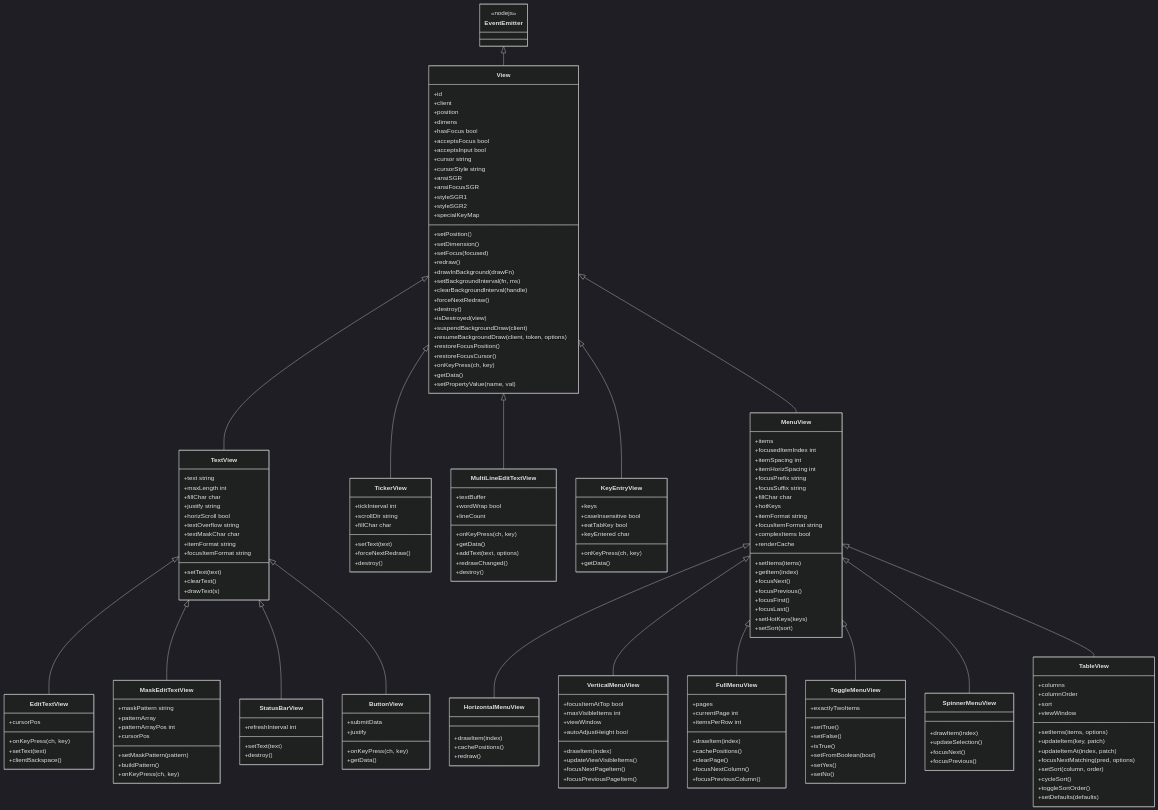
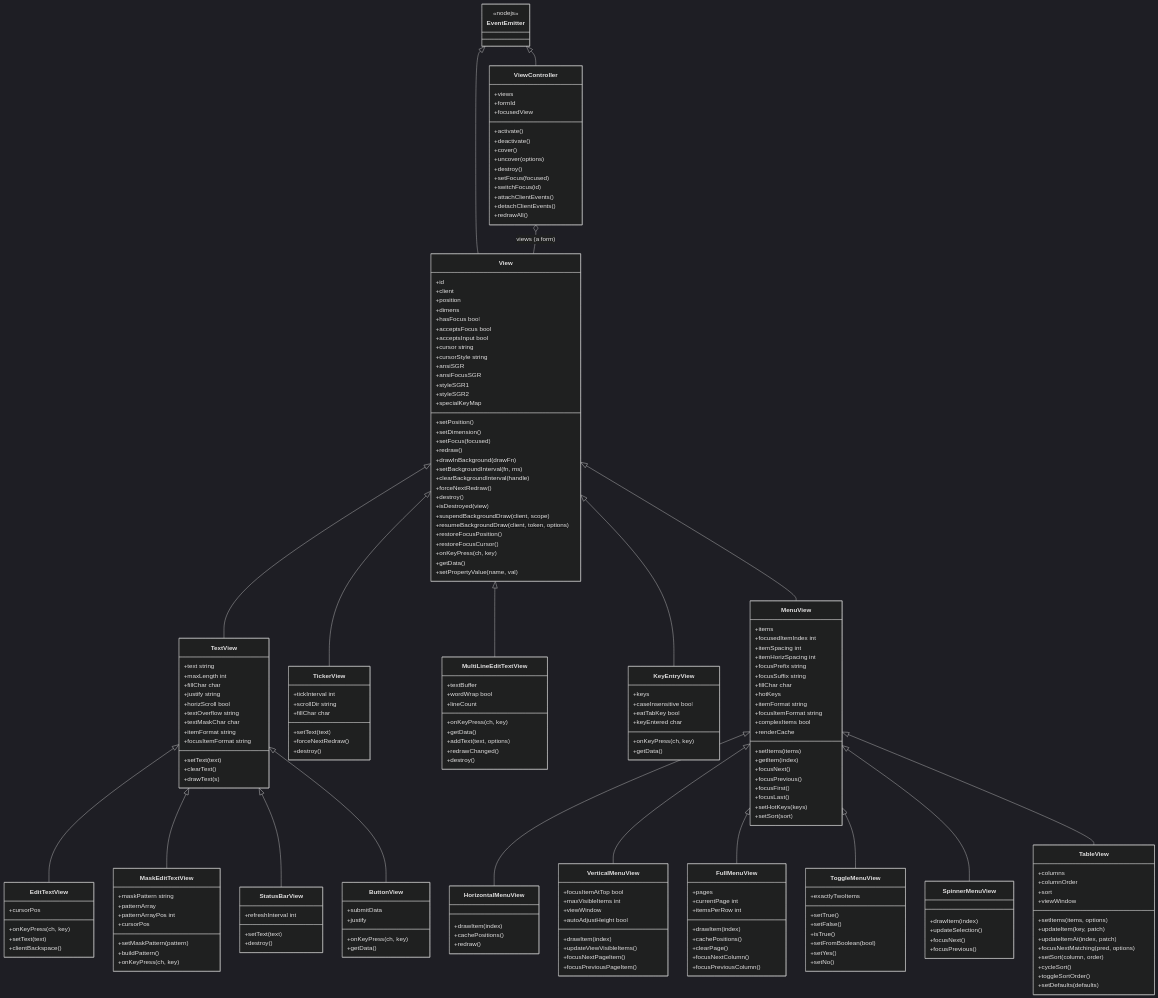
The first of 2 diagrams in website/src/content/docs/art/views/views.md (NuSkooler/enigma-bbs), drawn with Mermaid (dark theme) before and after one commit. The commit also changed other lines of this file and 13 other files, not shown here.

First line of the commit message:
feat(views): form states API, ownership-scoped covers, pauseWhenInactive (#1138) (#1147)

```diff
--- a/website/src/content/docs/art/views/views.md
+++ b/website/src/content/docs/art/views/views.md
@@ -174,7 +175,7 @@
         +forceNextRedraw()
         +destroy()
         +isDestroyed(view)$
-        +suspendBackgroundDraw(client)$
+        +suspendBackgroundDraw(client, scope)$
         +resumeBackgroundDraw(client, token, options)$
         +restoreFocusPosition()
         +restoreFocusCursor()
@@ -340,7 +341,25 @@
         +focusPrevious()
     }
 
+    class ViewController {
+        +views
+        +formId
+        +focusedView
+        +activate()
+        +deactivate()
+        +cover()
+        +uncover(options)
+        +destroy()
+        +setFocus(focused)
+        +switchFocus(id)
+        +attachClientEvents()
+        +detachClientEvents()
+        +redrawAll()
+    }
+
     EventEmitter <|-- View
+    EventEmitter <|-- ViewController
+    ViewController o-- View : views (a form)
     View <|-- TextView
     View <|-- TickerView
     View <|-- MenuView
```
